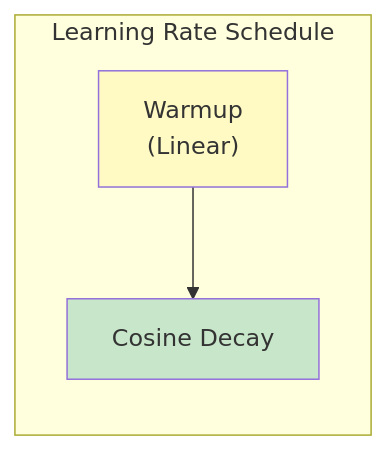
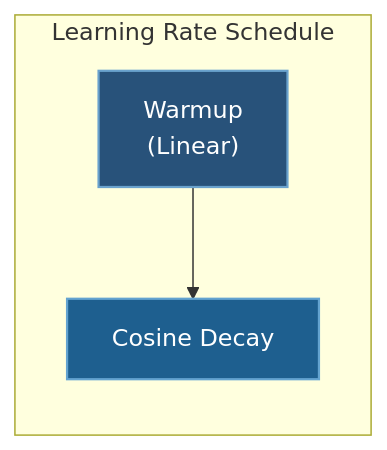
One commit to yiqiao-yin/deepspeed-course changed diagram 14 of 14 in docusaurus-docs/docs/tutorials/basic/convnet.md. Above: the diagram before and after it, drawn with Mermaid. The commit also changed other lines of this file and 12 other files, not shown here.

````diff
--- a/docusaurus-docs/docs/tutorials/basic/convnet.md
+++ b/docusaurus-docs/docs/tutorials/basic/convnet.md
@@ -738,9 +738,9 @@
 ```mermaid
 flowchart LR
     subgraph "Learning Rate Schedule"
         W["Warmup<br/>(Linear)"] --> C["Cosine Decay"]
     end
 
-    style W fill:#fff9c4
-    style C fill:#c8e6c9
+    style W fill:#28527a,stroke:#6aa2cd,stroke-width:1.5px,color:#ffffff
+    style C fill:#1e5f8f,stroke:#63a3d0,stroke-width:1.5px,color:#ffffff
 ```
````
